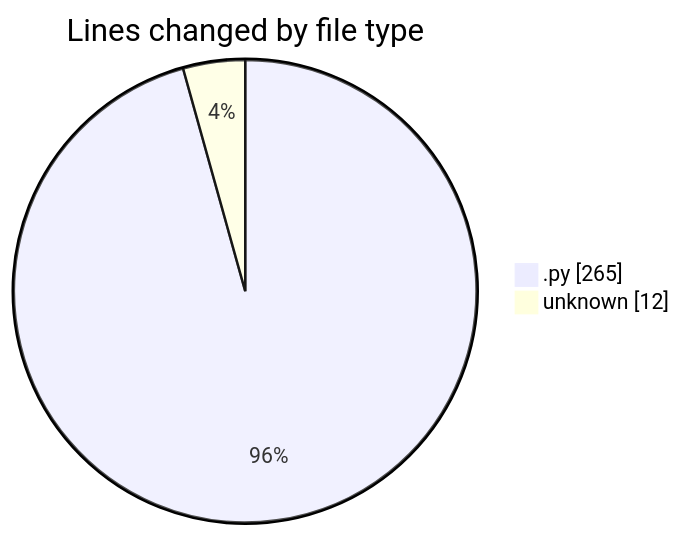
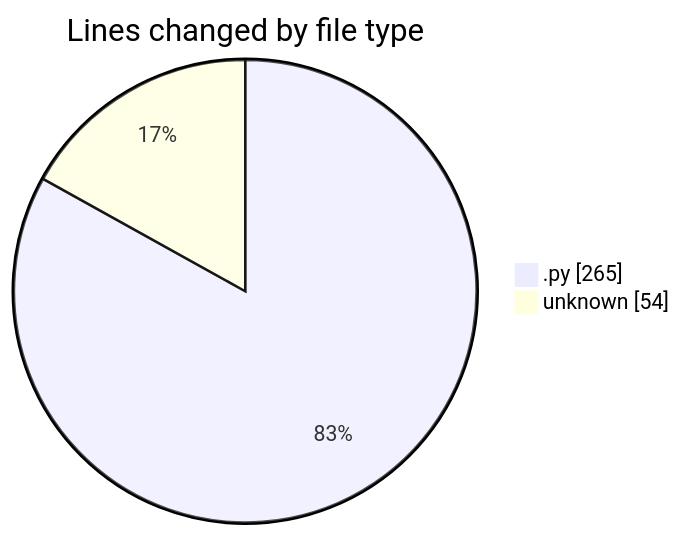
One commit to MatusMokan/code-tracking changed the first of 2 diagrams in 2025-03-17/myws__workspace_/README.md. Above: the diagram before and after it, drawn with Mermaid. The commit also changed other lines of this file and 1 other file, not shown here.

````diff
--- a/2025-03-17/myws__workspace_/README.md
+++ b/2025-03-17/myws__workspace_/README.md
@@ -22,6 +22,6 @@
 ```mermaid
 pie showData
 title Lines changed by file type
 ".py" : 265
-"unknown" : 12
+"unknown" : 54
 ```
````
